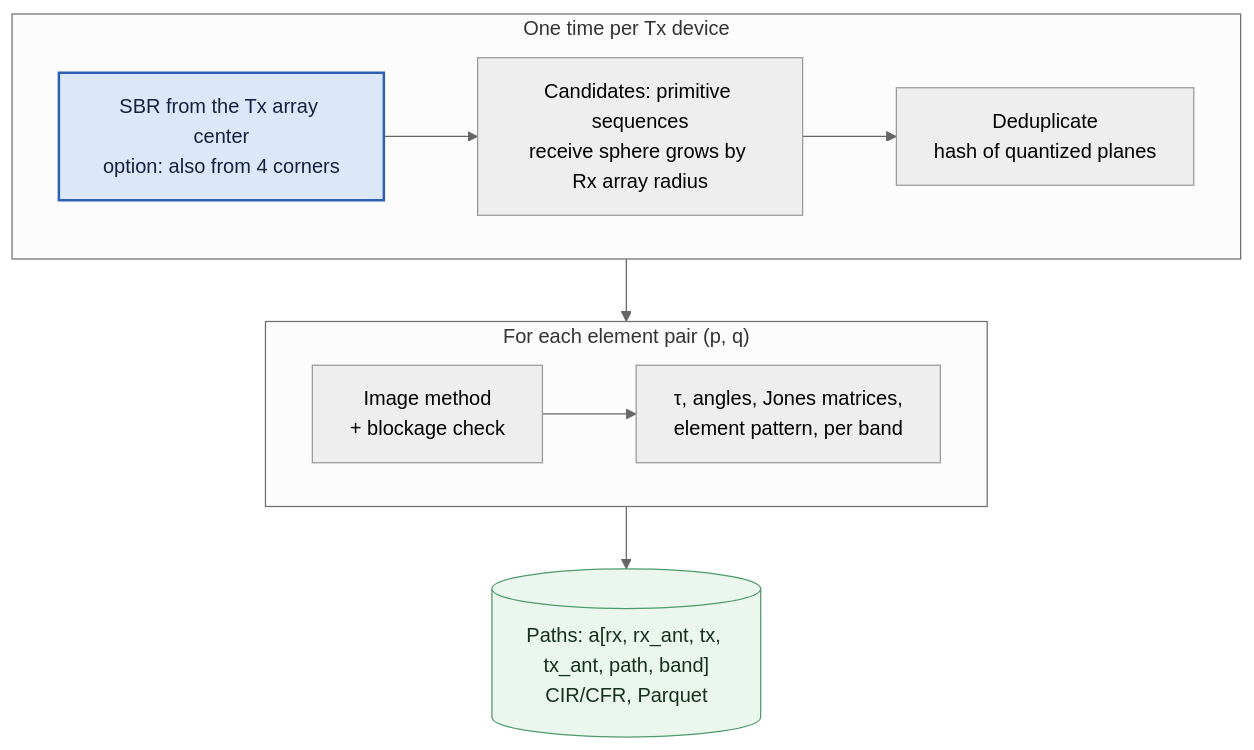
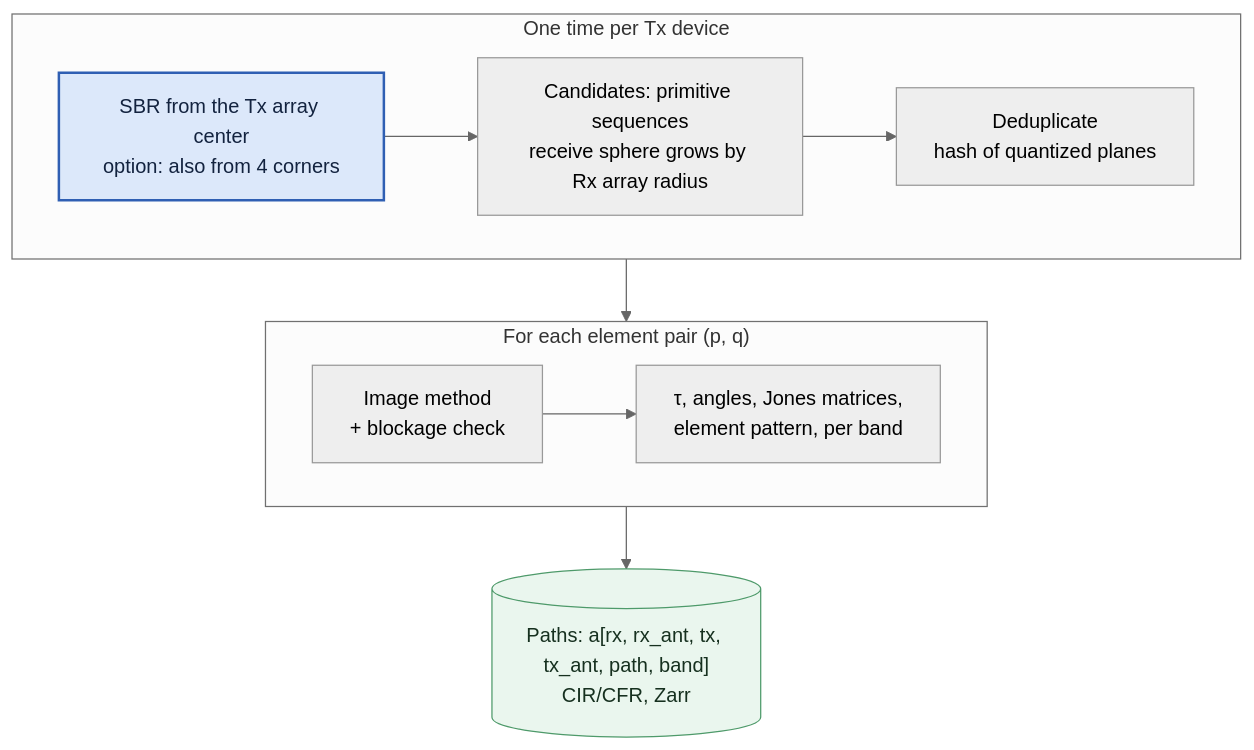
The fifth of 10 diagrams in README.md (NguyenVu04/ray-twin), drawn with Mermaid (neutral theme) before and after one commit. The commit also changed other lines of this file and 20 other files, not shown here.

Commit message:
update architecture

````diff
--- a/README.md
+++ b/README.md
@@ -489,16 +474,16 @@
 ```mermaid
 flowchart TB
     subgraph ONCE["One time per Tx device"]
         direction LR
         S1["SBR from the Tx array center<br/>option: also from 4 corners"]:::hl --> S2["Candidates: primitive sequences<br/>receive sphere grows by Rx array radius"]
         S2 --> S3["Deduplicate<br/>hash of quantized planes"]
     end
     subgraph PAIR["For each element pair (p, q)"]
         direction LR
         S4["Image method<br/>+ blockage check"] --> S5["τ, angles, Jones matrices,<br/>element pattern, per band"]
     end
     S3 --> S4
-    S5 --> S6[("Paths: a[rx, rx_ant, tx, tx_ant, path, band]<br/>CIR/CFR, Parquet")]:::store
+    S5 --> S6[("Paths: a[rx, rx_ant, tx, tx_ant, path, band]<br/>CIR/CFR, Zarr")]:::store
     classDef hl fill:#DCE8FA,stroke:#2F5FB3,color:#13233F,stroke-width:2px
     classDef store fill:#EAF6EE,stroke:#4E9A6A,color:#16301F
 ```
````
